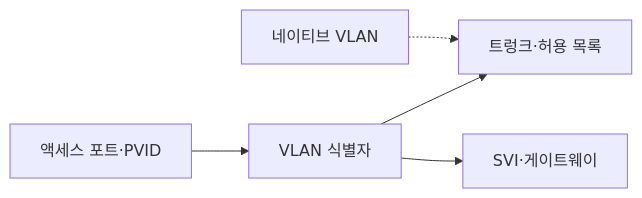
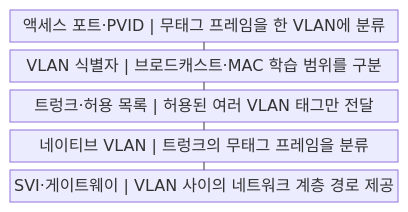
Before and after one commit to agnusdei1207/knowledge-base: the first of 2 diagrams in src/content/docs/notes/04-network/016_vlan_trunk_access_port.md, drawn with Mermaid. The commit also changed other lines of this file and 20 other files, not shown here.

````diff
--- a/src/content/docs/notes/04-network/016_vlan_trunk_access_port.md
+++ b/src/content/docs/notes/04-network/016_vlan_trunk_access_port.md
@@ -56,7 +57,13 @@
 ```mermaid
-flowchart LR
-    A["액세스 포트·PVID"] --> V["VLAN 식별자"]
-    V --> T["트렁크·허용 목록"]
-    N["네이티브 VLAN"] -.-> T
-    V --> S["SVI·게이트웨이"]
+block
+    columns 1
+    A["액세스 포트·PVID | 무태그 프레임을 한 VLAN에 분류"]
+    B["VLAN 식별자 | 브로드캐스트·MAC 학습 범위를 구분"]
+    C["트렁크·허용 목록 | 허용된 여러 VLAN 태그만 전달"]
+    D["네이티브 VLAN | 트렁크의 무태그 프레임을 분류"]
+    E["SVI·게이트웨이 | VLAN 사이의 네트워크 계층 경로 제공"]
+    A --- B
+    B --- C
+    C --- D
+    D --- E
 ```
````
